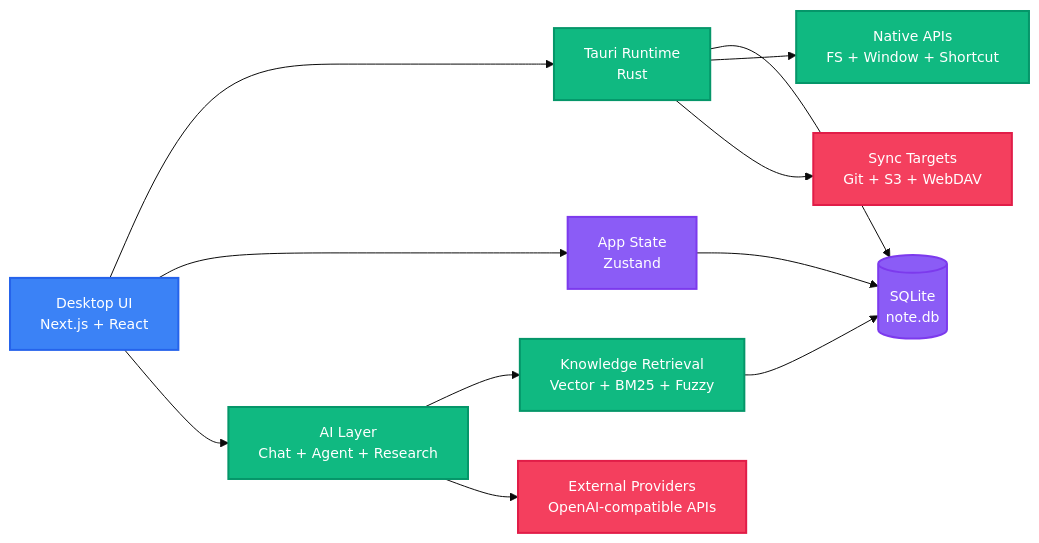
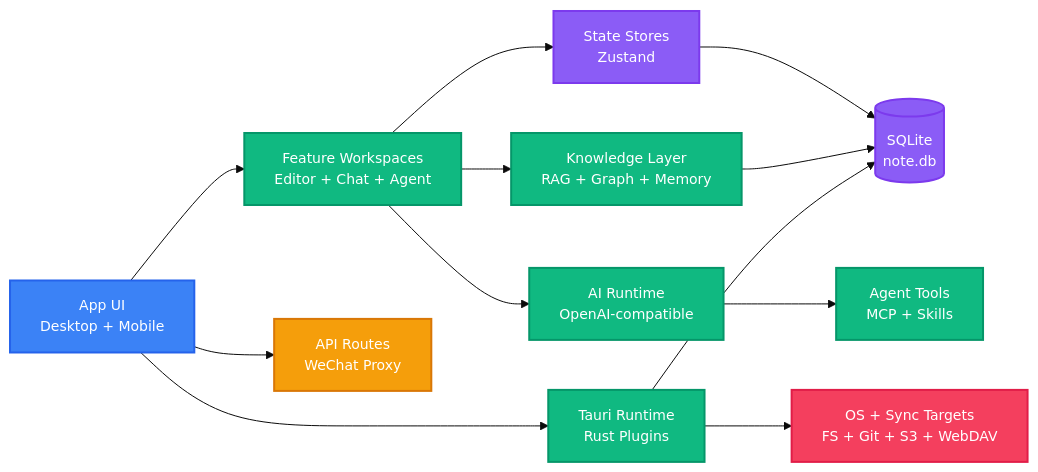
Before and after one commit to Ye-hey1/LingMo: the diagram in README-zh.md, drawn with Mermaid. The commit also changed other lines of this file and 14 other files, not shown here.

````diff
--- a/README-zh.md
+++ b/README-zh.md
@@ -106,25 +122,27 @@
 ```mermaid
 %%{init: {'theme': 'base', 'themeVariables': {'fontSize': '14px'}}}%%
 graph LR
-    A[Desktop UI<br/>Next.js + React] --> B[Tauri Runtime<br/>Rust]
-    A --> C[App State<br/>Zustand]
-    A --> D[AI Layer<br/>Chat + Agent + Research]
-    D --> E[Knowledge Retrieval<br/>Vector + BM25 + Fuzzy]
-    B --> F[(SQLite<br/>note.db)]
-    B --> G[Native APIs<br/>FS + Window + Shortcut]
-    D --> H[External Providers<br/>OpenAI-compatible APIs]
-    C --> F
-    E --> F
-    B --> I[Sync Targets<br/>Git + S3 + WebDAV]
+    A[App UI<br/>Desktop + Mobile] --> B[Feature Workspaces<br/>Editor + Chat + Agent]
+    A --> D[API Routes<br/>WeChat Proxy]
+    B --> E[State Stores<br/>Zustand]
+    B --> F[AI Runtime<br/>OpenAI-compatible]
+    B --> G[Knowledge Layer<br/>RAG + Graph + Memory]
+    F --> H[Agent Tools<br/>MCP + Skills]
+    E --> I[(SQLite<br/>note.db)]
+    G --> I
+    A --> J[Tauri Runtime<br/>Rust Plugins]
+    J --> I
+    J --> K[OS + Sync Targets<br/>FS + Git + S3 + WebDAV]
 
     classDef client fill:#3B82F6,stroke:#2563EB,color:#fff,stroke-width:2px
+    classDef gateway fill:#F59E0B,stroke:#D97706,color:#fff,stroke-width:2px
     classDef service fill:#10B981,stroke:#059669,color:#fff,stroke-width:2px
     classDef data fill:#8B5CF6,stroke:#7C3AED,color:#fff,stroke-width:2px
     classDef external fill:#F43F5E,stroke:#E11D48,color:#fff,stroke-width:2px
-    classDef gateway fill:#F59E0B,stroke:#D97706,color:#fff,stroke-width:2px
 
     class A client
-    class B,D,E,G service
-    class C,F data
-    class H,I external
+    class D gateway
+    class B,F,G,H,J service
+    class E,I data
+    class K external
 ```
````
